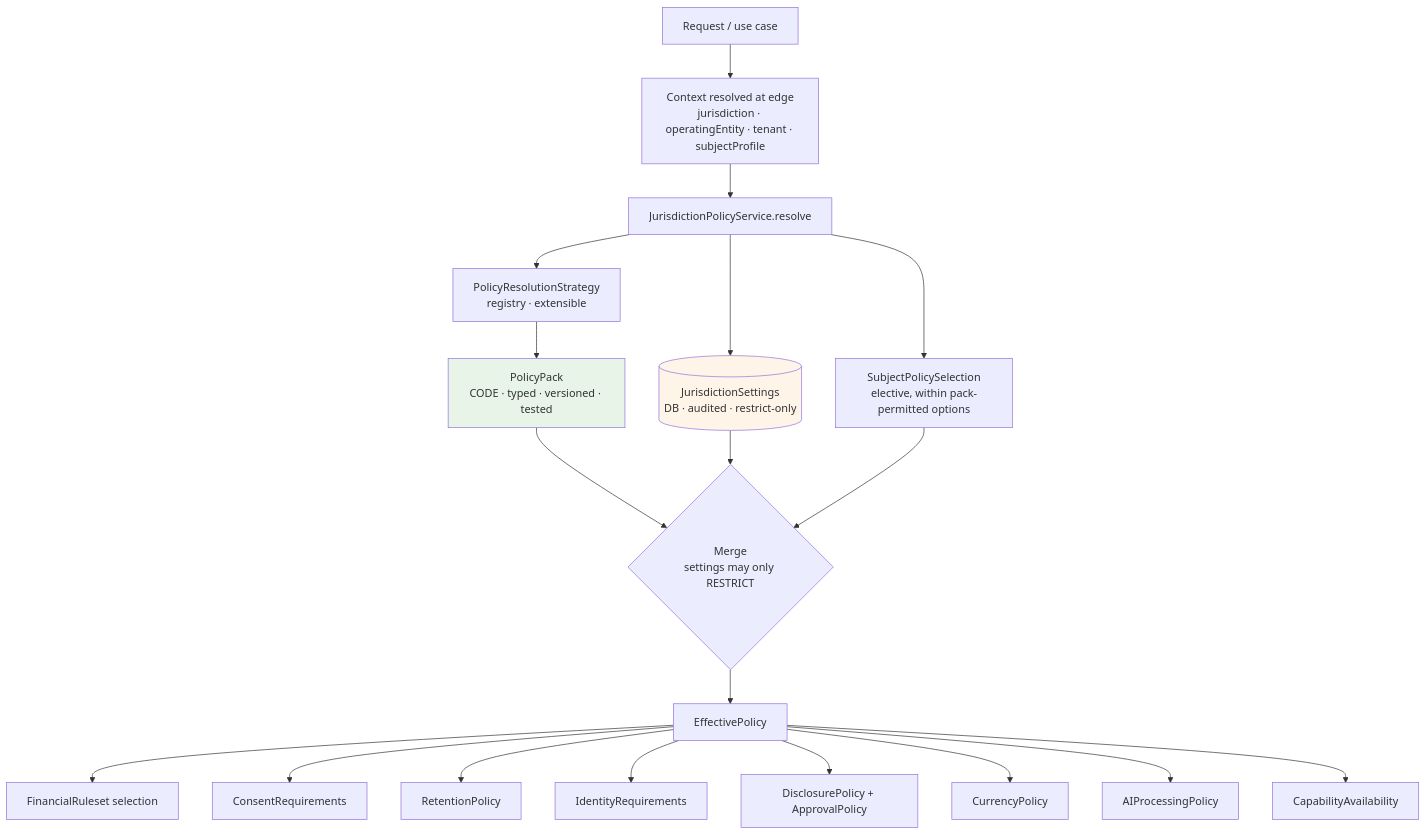
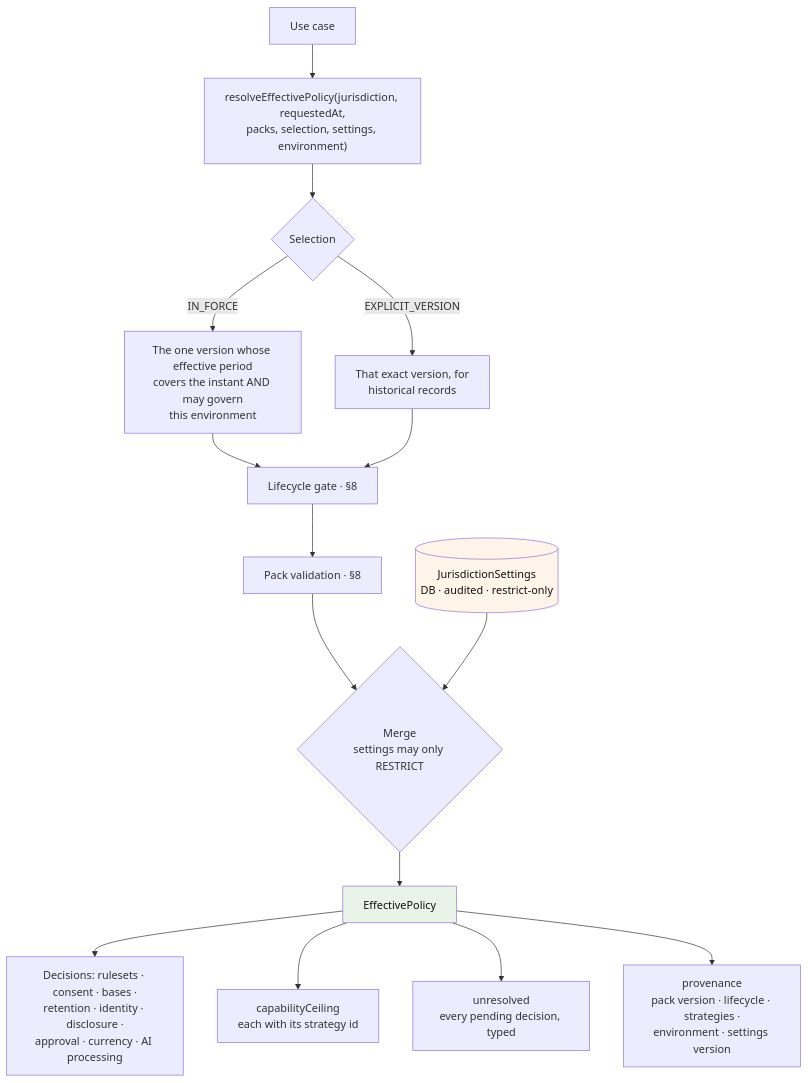
Before and after one commit to MoayadAlobaidi/Karar-Flutter-version: the first of 2 diagrams in docs/architecture/jurisdiction-policy.md, drawn with Mermaid. The commit also changed other lines of this file and 44 other files, not shown here.

````diff
--- a/docs/architecture/jurisdiction-policy.md
+++ b/docs/architecture/jurisdiction-policy.md
@@ -59,23 +105,19 @@
 ```mermaid
 graph TB
-    REQ[Request / use case] --> CTX[Context resolved at edge<br/>jurisdiction · operatingEntity · tenant · subjectProfile]
-    CTX --> RES[JurisdictionPolicyService.resolve]
-    RES --> STRAT[PolicyResolutionStrategy<br/>registry · extensible]
-    STRAT --> PACK[PolicyPack<br/>CODE · typed · versioned · tested]
-    RES --> SET[(JurisdictionSettings<br/>DB · audited · restrict-only)]
-    RES --> SUBJ[SubjectPolicySelection<br/>elective, within pack-permitted options]
-    PACK --> MERGE{Merge<br/>settings may only RESTRICT}
-    SET --> MERGE
-    SUBJ --> MERGE
+    UC[Use case] --> RES["resolveEffectivePolicy(jurisdiction, requestedAt,<br/>packs, selection, settings, environment)"]
+    RES --> SEL{Selection}
+    SEL -->|IN_FORCE| INF[The one version whose effective period<br/>covers the instant AND may govern<br/>this environment]
+    SEL -->|EXPLICIT_VERSION| EXP[That exact version, for<br/>historical records]
+    INF --> GATE[Lifecycle gate · §8]
+    EXP --> GATE
+    GATE --> VAL[Pack validation · §8]
+    VAL --> MERGE{Merge<br/>settings may only RESTRICT}
+    SET[(JurisdictionSettings<br/>DB · audited · restrict-only)] --> MERGE
     MERGE --> EFF[EffectivePolicy]
-    EFF --> P1[FinancialRuleset selection]
-    EFF --> P2[ConsentRequirements]
-    EFF --> P3[RetentionPolicy]
-    EFF --> P4[IdentityRequirements]
-    EFF --> P5[DisclosurePolicy + ApprovalPolicy]
-    EFF --> P6[CurrencyPolicy]
-    EFF --> P7[AIProcessingPolicy]
-    EFF --> P8[CapabilityAvailability]
-    style PACK fill:#e8f4e8
-    style SET fill:#fff4e8
+    EFF --> P1[Decisions: rulesets · consent · bases ·<br/>retention · identity · disclosure ·<br/>approval · currency · AI processing]
+    EFF --> P2[capabilityCeiling<br/>each with its strategy id]
+    EFF --> P3[unresolved<br/>every pending decision, typed]
+    EFF --> P4[provenance<br/>pack version · lifecycle · strategies ·<br/>environment · settings version]
+    style SET fill:#fff4e8,color:#111
+    style EFF fill:#e8f4e8,color:#111
 ```
````
